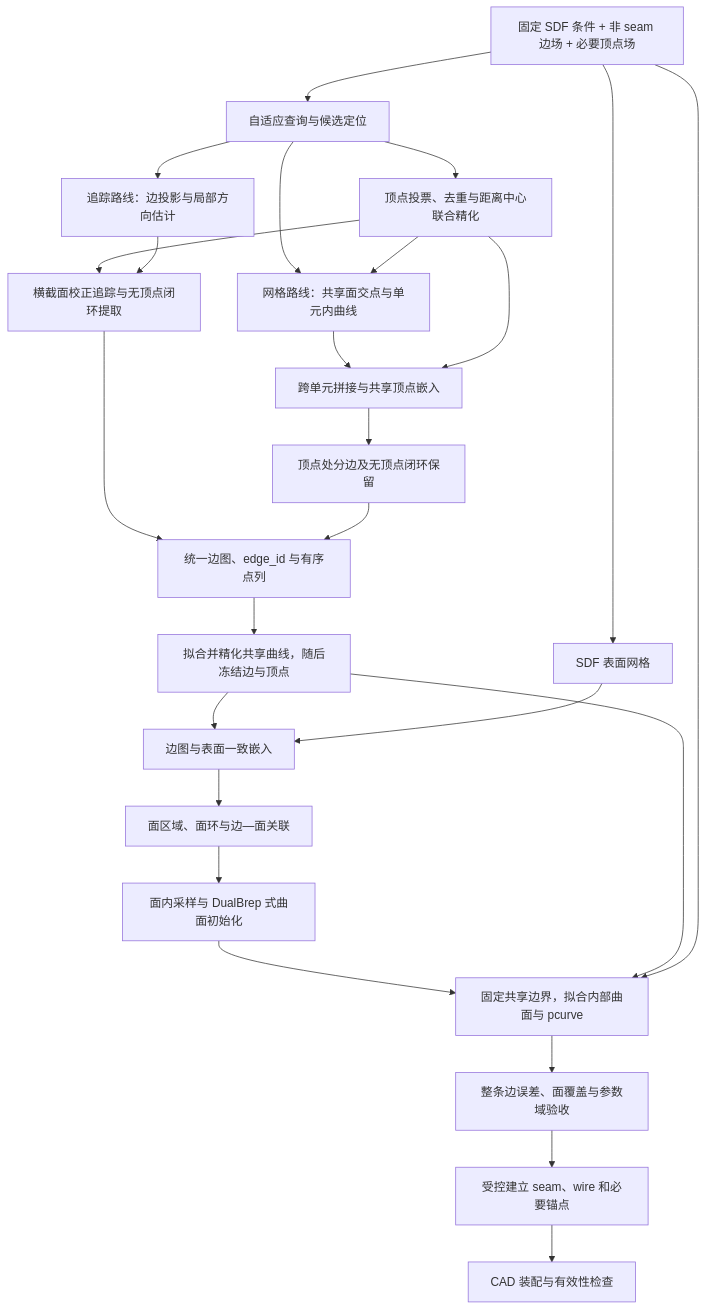
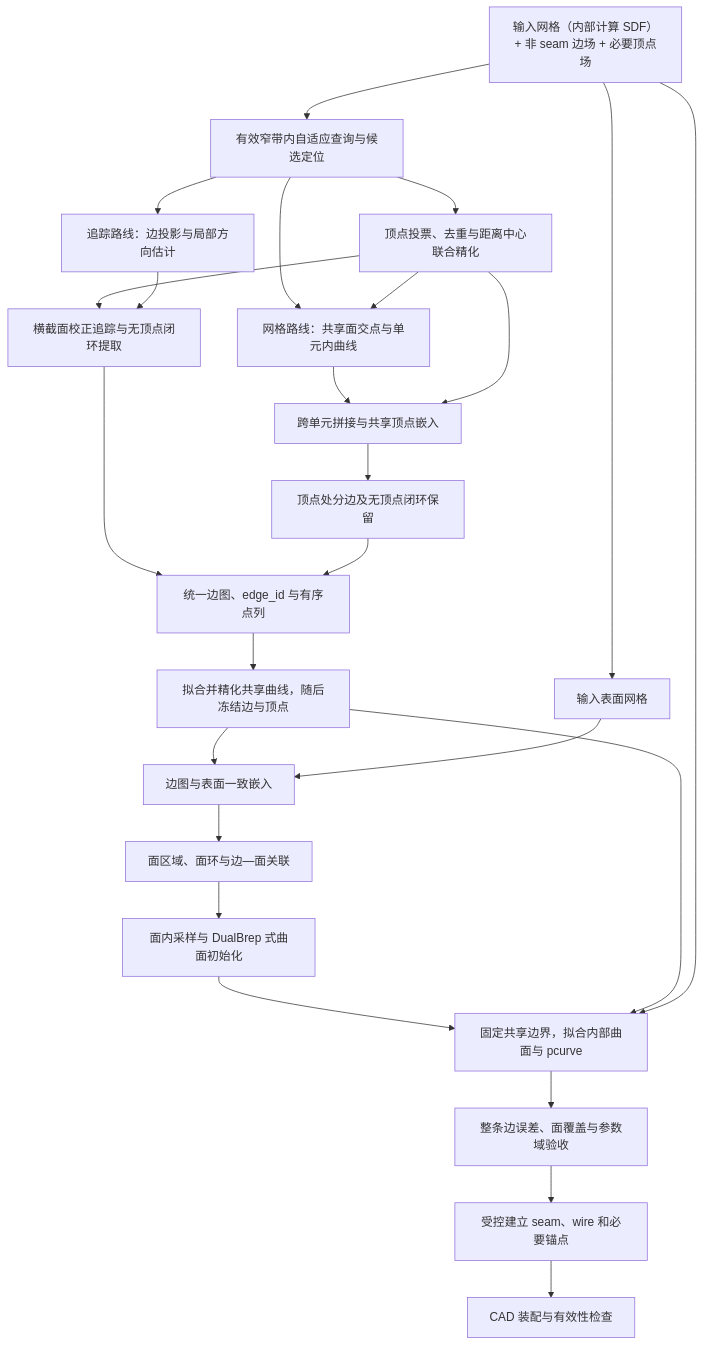
The diagram in docs/EdgeVertexDistanceFields.md (Hallucinat1on/DualBrep), drawn with Mermaid before and after one commit. The commit also changed other lines of this file, not shown here.

````diff
--- a/docs/EdgeVertexDistanceFields.md
+++ b/docs/EdgeVertexDistanceFields.md
@@ -553,27 +576,27 @@
 ```mermaid
 flowchart TD
-    A["固定 SDF 条件 + 非 seam 边场 + 必要顶点场"] --> B["自适应查询与候选定位"]
+    A["输入网格（内部计算 SDF）+ 非 seam 边场 + 必要顶点场"] --> B["有效窄带内自适应查询与候选定位"]
     B --> C["顶点投票、去重与距离中心联合精化"]
     B --> D["追踪路线：边投影与局部方向估计"]
     C --> E["横截面校正追踪与无顶点闭环提取"]
     D --> E
     B --> L["网格路线：共享面交点与单元内曲线"]
     C --> L
     L --> N["跨单元拼接与共享顶点嵌入"]
     C --> N
     N --> O["顶点处分边及无顶点闭环保留"]
     E --> P["统一边图、edge_id 与有序点列"]
     O --> P
     P --> F["拟合并精化共享曲线，随后冻结边与顶点"]
-    A --> G["SDF 表面网格"]
+    A --> G["输入表面网格"]
     F --> H["边图与表面一致嵌入"]
     G --> H
     H --> I["面区域、面环与边—面关联"]
     I --> T["面内采样与 DualBrep 式曲面初始化"]
     T --> J["固定共享边界，拟合内部曲面与 pcurve"]
     F --> J
     A --> J
     J --> U["整条边误差、面覆盖与参数域验收"]
     U --> S["受控建立 seam、wire 和必要锚点"]
     S --> K["CAD 装配与有效性检查"]
 ```
````
